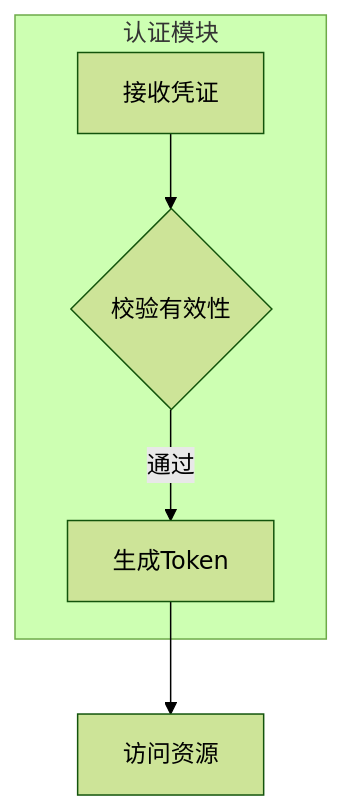
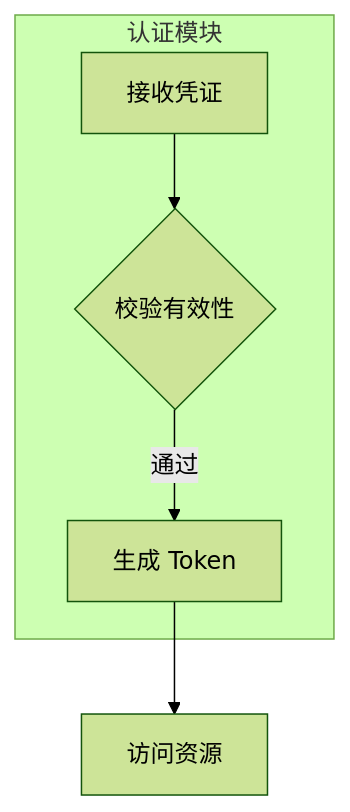
The second of 5 diagrams in src/content/blog/2025-04-03/index.md (Computerization/c13n), drawn with Mermaid (forest theme) before and after one commit. The commit also changed other lines of this file and 50 other files, not shown here.

````diff
--- a/src/content/blog/2025-04-03/index.md
+++ b/src/content/blog/2025-04-03/index.md
@@ -28,8 +28,8 @@
 ```mermaid
 flowchart TB
   subgraph 认证模块
     A[接收凭证] --> B{校验有效性}
-    B -->|通过| C[生成Token]
+    B -->| 通过 | C[生成 Token]
   end
   C --> D[访问资源]
 ```  
````
